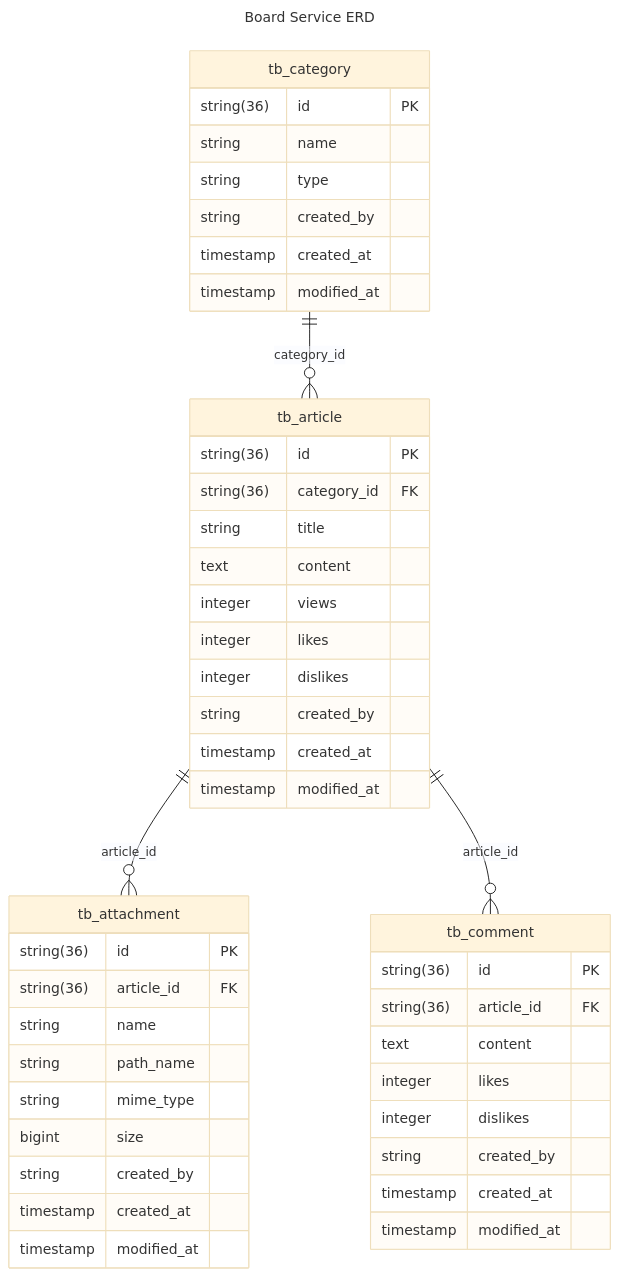
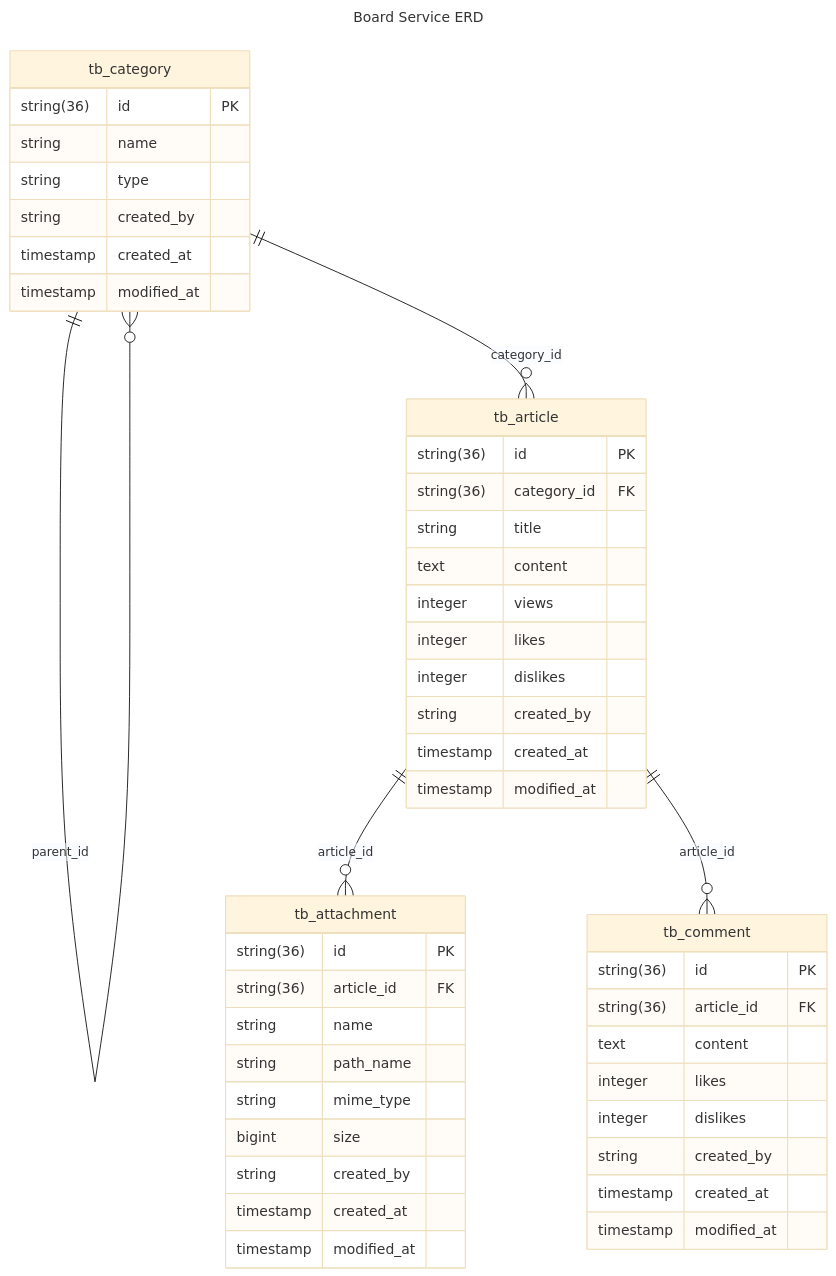
One commit to KalGookSoo/springboot-msa changed the second of 2 diagrams in board/README.md. Above: the diagram before and after it, drawn with Mermaid (base theme). The commit also changed other lines of this file, not shown here.

````diff
--- a/board/README.md
+++ b/board/README.md
@@ -70,50 +84,51 @@
 ```mermaid
 ---
 title: Board Service ERD
 ---
 erDiagram
     tb_category {
         string(36) id PK
         string name
         string type
         string created_by
         timestamp created_at
         timestamp modified_at
     }
     tb_article {
         string(36) id PK
         string(36) category_id FK
         string title
         text content
         integer views
         integer likes
         integer dislikes
         string created_by
         timestamp created_at
         timestamp modified_at
     }
     tb_attachment {
         string(36) id PK
         string(36) article_id FK
         string name
         string path_name
         string mime_type
         bigint size
         string created_by
         timestamp created_at
         timestamp modified_at
     }
     tb_comment {
         string(36) id PK
         string(36) article_id FK
         text content
         integer likes
         integer dislikes
         string created_by
         timestamp created_at
         timestamp modified_at
     }
+    tb_category ||--o{ tb_category : parent_id
+    tb_category ||--o{ tb_article : category_id
     tb_article ||--o{ tb_attachment : article_id
     tb_article ||--o{ tb_comment : article_id
-    tb_category ||--o{ tb_article : category_id
 ```
````
